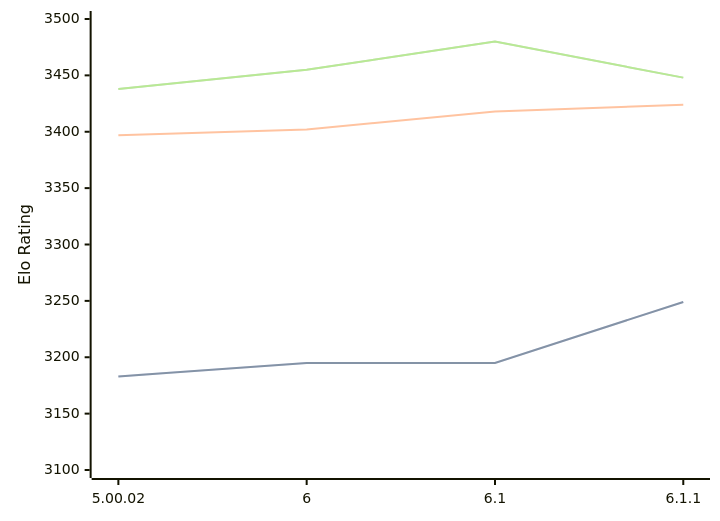
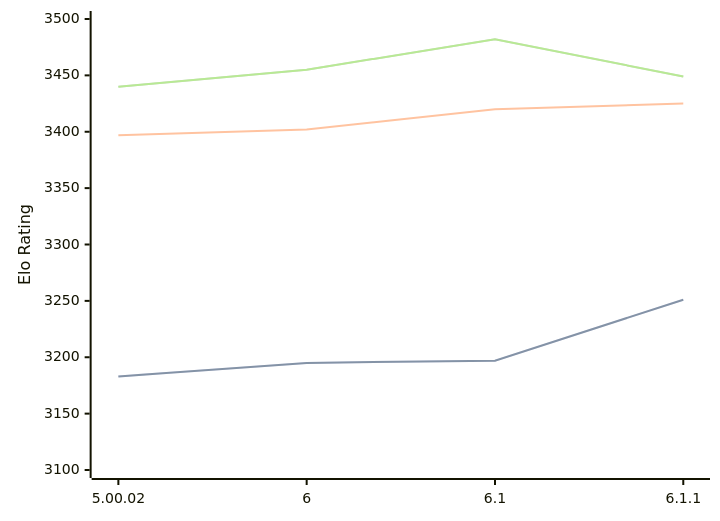
One commit to computer-chess-index/cci changed the diagram in engines/Zangdar.md. Above: the diagram before and after it, drawn with Mermaid. The commit also changed other lines of this file, not shown here.

Commit message:
Update CCI Ratings (ELO VLTC) - 2026-05-14

````diff
--- a/engines/Zangdar.md
+++ b/engines/Zangdar.md
@@ -46,11 +46,11 @@
 ```mermaid
 %%{init: {"theme":"base","themeVariables":{"seriesColors:['#a3a3a3','#222221','#faa371']}}}%%
 xychart-beta
   x-axis ["5.00.02", "6", "6.1", "6.1.1"]
   y-axis "Elo Rating" 3100 --> 3500
-  line "STC (8.0+0.08s)" [3183, 3195, 3195, 3249]
-  line "STC (8.0+0.08s)" [3183, 3195, 3195, 3249]
-  line "LTC (60.0+0.60s)" [3397, 3402, 3418, 3424]
-  line "VLTC (2m24s+1.12s)" [3438, 3455, 3480, 3448]
-  line "VLTC (2m24s+1.12s)" [3438, 3455, 3480, 3448]
+  line "STC (8.0+0.08s)" [3183, 3195, 3197, 3251]
+  line "STC (8.0+0.08s)" [3183, 3195, 3197, 3251]
+  line "LTC (60.0+0.60s)" [3397, 3402, 3420, 3425]
+  line "VLTC (2m24s+1.12s)" [3440, 3455, 3482, 3449]
+  line "VLTC (2m24s+1.12s)" [3440, 3455, 3482, 3449]
 ```
````
